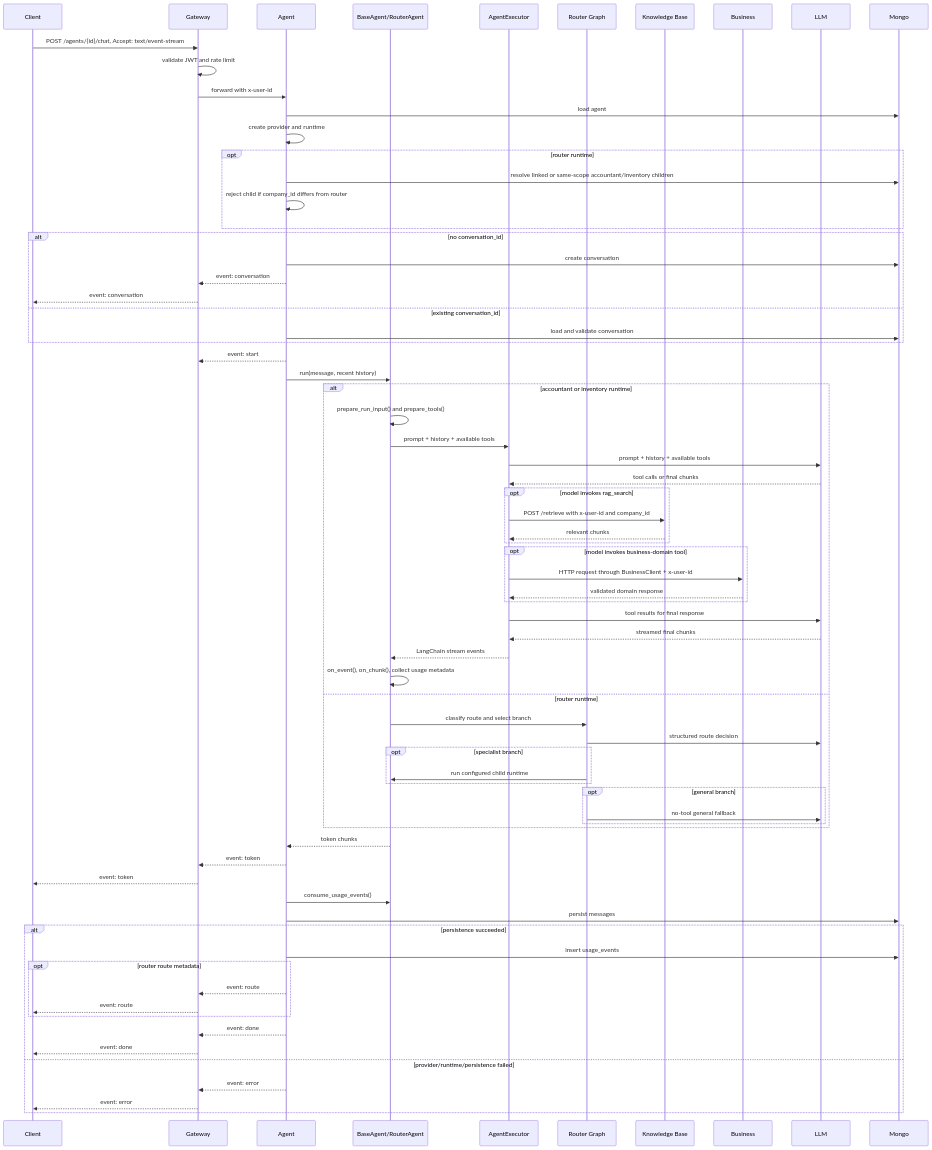
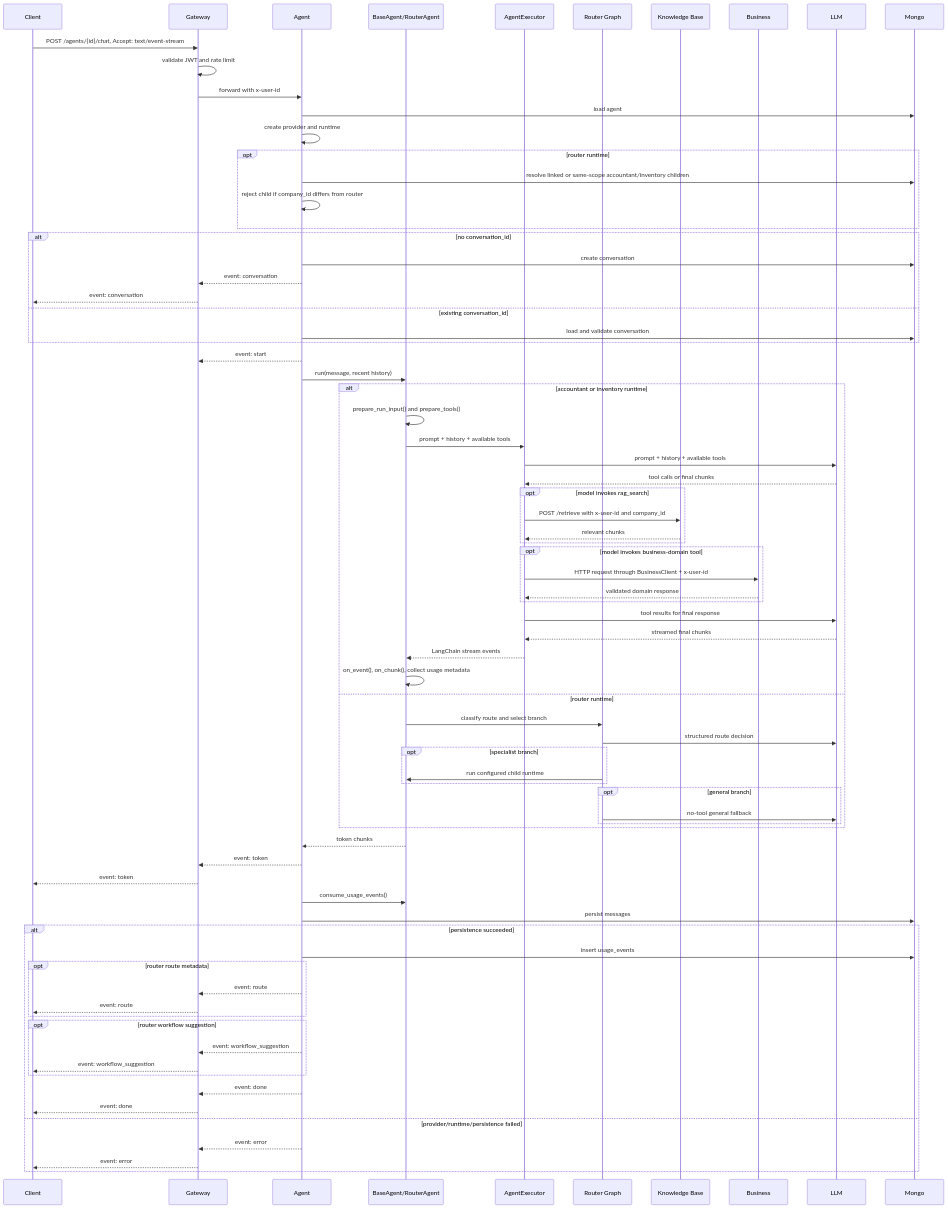
Before and after one commit to valiobar/agents: the sixth of 10 diagrams in docs/services/agent/data-flow.md, drawn with Mermaid. The commit also changed other lines of this file and 63 other files, not shown here.

````diff
--- a/docs/services/agent/data-flow.md
+++ b/docs/services/agent/data-flow.md
@@ -119,76 +154,80 @@
 ```mermaid
 sequenceDiagram
     participant Client
     participant Gateway
     participant Agent
     participant Runtime as BaseAgent/RouterAgent
     participant Executor as AgentExecutor
     participant Graph as Router Graph
     participant KB as Knowledge Base
     participant Business
     participant LLM
     participant Mongo
 
     Client->>Gateway: POST /agents/{id}/chat, Accept: text/event-stream
     Gateway->>Gateway: validate JWT and rate limit
     Gateway->>Agent: forward with x-user-id
     Agent->>Mongo: load agent
     Agent->>Agent: create provider and runtime
     opt router runtime
         Agent->>Mongo: resolve linked or same-scope accountant/inventory children
         Agent->>Agent: reject child if company_id differs from router
     end
     alt no conversation_id
         Agent->>Mongo: create conversation
         Agent-->>Gateway: event: conversation
         Gateway-->>Client: event: conversation
     else existing conversation_id
         Agent->>Mongo: load and validate conversation
     end
     Agent-->>Gateway: event: start
     Agent->>Runtime: run(message, recent history)
     alt accountant or inventory runtime
         Runtime->>Runtime: prepare_run_input() and prepare_tools()
         Runtime->>Executor: prompt + history + available tools
         Executor->>LLM: prompt + history + available tools
         LLM-->>Executor: tool calls or final chunks
         opt model invokes rag_search
             Executor->>KB: POST /retrieve with x-user-id and company_id
             KB-->>Executor: relevant chunks
         end
         opt model invokes business-domain tool
             Executor->>Business: HTTP request through BusinessClient + x-user-id
             Business-->>Executor: validated domain response
         end
         Executor->>LLM: tool results for final response
         LLM-->>Executor: streamed final chunks
         Executor-->>Runtime: LangChain stream events
         Runtime->>Runtime: on_event(), on_chunk(), collect usage metadata
     else router runtime
         Runtime->>Graph: classify route and select branch
         Graph->>LLM: structured route decision
         opt specialist branch
             Graph->>Runtime: run configured child runtime
         end
         opt general branch
             Graph->>LLM: no-tool general fallback
         end
     end
     Runtime-->>Agent: token chunks
     Agent-->>Gateway: event: token
     Gateway-->>Client: event: token
     Agent->>Runtime: consume_usage_events()
     Agent->>Mongo: persist messages
     alt persistence succeeded
         Agent->>Mongo: insert usage_events
         opt router route metadata
             Agent-->>Gateway: event: route
             Gateway-->>Client: event: route
         end
+        opt router workflow suggestion
+            Agent-->>Gateway: event: workflow_suggestion
+            Gateway-->>Client: event: workflow_suggestion
+        end
         Agent-->>Gateway: event: done
         Gateway-->>Client: event: done
     else provider/runtime/persistence failed
         Agent-->>Gateway: event: error
         Gateway-->>Client: event: error
     end
 ```
````
